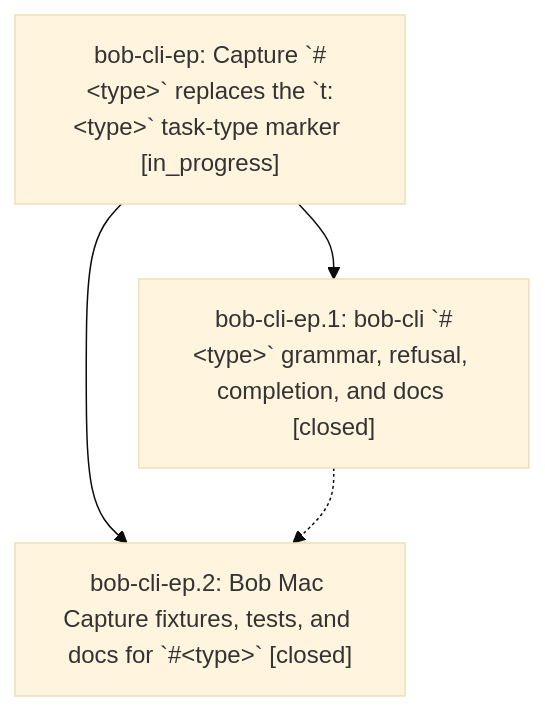
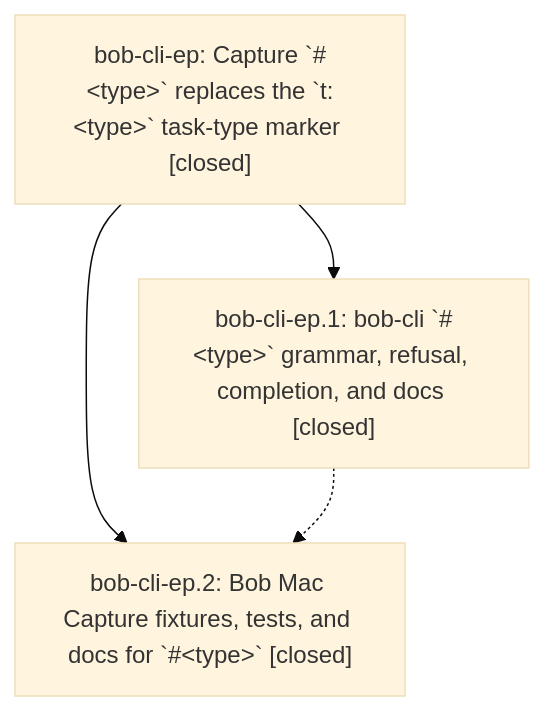
Before and after one commit to bobs-org/bob-cli--beads: the diagram in pages/bob-cli-ep/README.md, drawn with Mermaid (base theme). The commit also changed other lines of this file and 1 other file, not shown here.

First line of the commit message:
chore(beads): sync bead state and pages for bob-cli-ep

````diff
--- a/pages/bob-cli-ep/README.md
+++ b/pages/bob-cli-ep/README.md
@@ -35,9 +41,9 @@
 ```mermaid
 flowchart TD
-    n0["bob-cli-ep: Capture `#&lt;type&gt;` replaces the `t:&lt;type&gt;` task-type marker [in_progress]"]
+    n0["bob-cli-ep: Capture `#&lt;type&gt;` replaces the `t:&lt;type&gt;` task-type marker [closed]"]
     n1["bob-cli-ep.1: bob-cli `#&lt;type&gt;` grammar, refusal, completion, and docs [closed]"]
     n2["bob-cli-ep.2: Bob Mac Capture fixtures, tests, and docs for `#&lt;type&gt;` [closed]"]
     n0 --> n1
     n0 --> n2
     n1 -.-> n2
 ```
````
